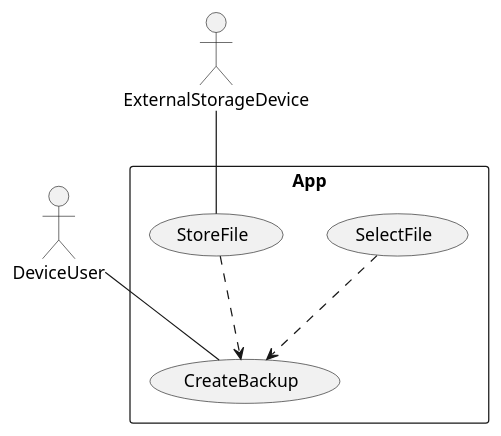
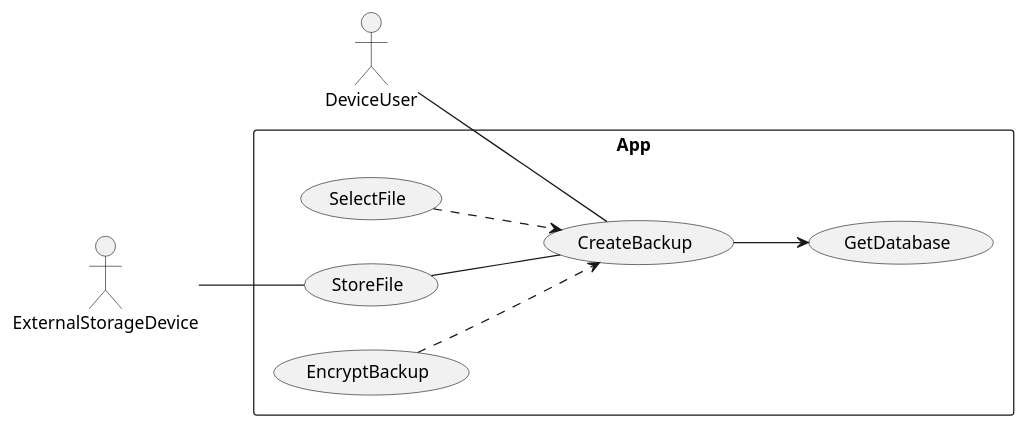
One commit to gentmantan/cen4010groupproject changed the diagram in docs/diag/gt/uc1.plantuml. Above: the diagram before and after it, drawn with PlantUML. The commit also changed 5 other files, not shown here.

Commit message:
Revise usecase diagrams

```diff
--- a/docs/diag/gt/uc1.plantuml
+++ b/docs/diag/gt/uc1.plantuml
@@ -1,16 +1,20 @@
 @startuml
-
+left to right direction
 actor DeviceUser as a1
 actor ExternalStorageDevice as a2
 
 rectangle App {
         usecase CreateBackup as u1
         usecase SelectFile as u2
         usecase StoreFile as u3
+        usecase EncryptBackup as u4
+        usecase GetDatabase as u5
 }
 
 a1 -- u1
 u2 ..> u1
-u3 ..> u1
+u3 -- u1
 a2 -- u3
+u1 --> u5
+u4 ..> u1
 @enduml
```
